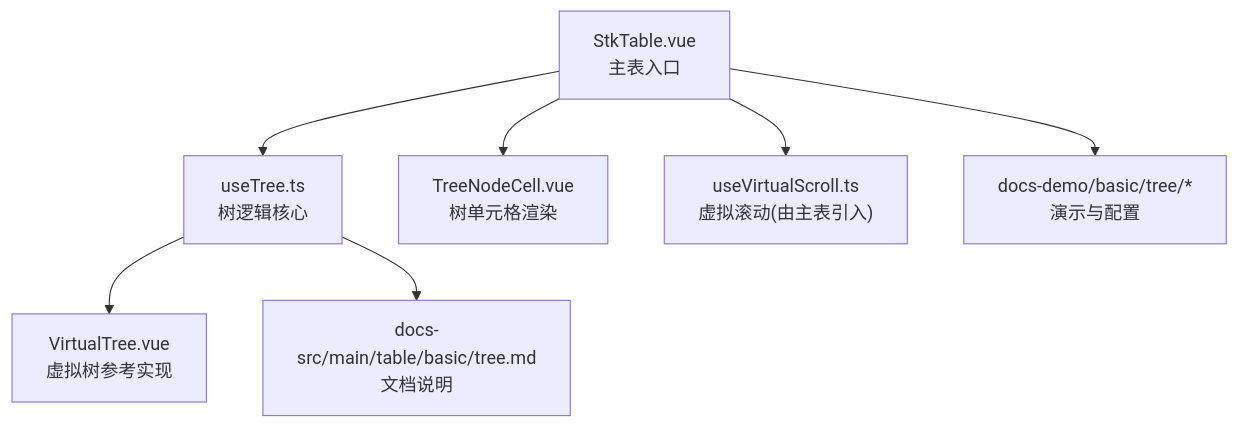
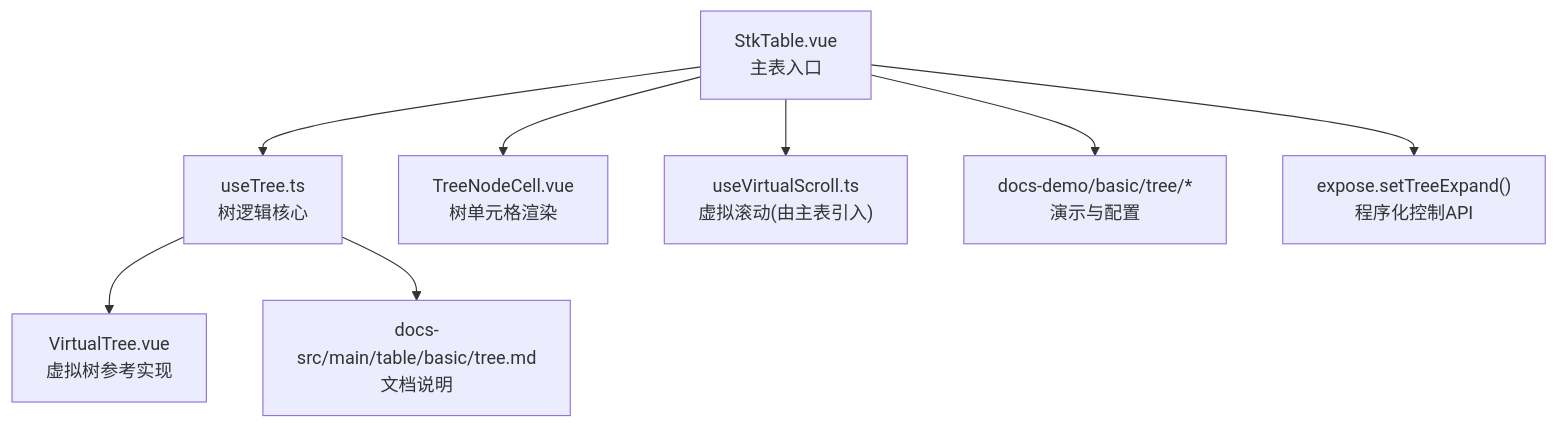
The first of 6 diagrams in .qoder/repowiki/zh/content/高级功能/树形数据.md (ja-plus/stk-table-vue), drawn with Mermaid before and after one commit. The commit also changed other lines of this file and 6 other files, not shown here.

Commit message:
fix: `setTreeExpand` &  setRowExpand` number rowKey

````diff
--- a/.qoder/repowiki/zh/content/高级功能/树形数据.md
+++ b/.qoder/repowiki/zh/content/高级功能/树形数据.md
@@ -45,9 +54,10 @@
 ```mermaid
 graph TB
 A["StkTable.vue<br/>主表入口"] --> B["useTree.ts<br/>树逻辑核心"]
 A --> C["TreeNodeCell.vue<br/>树单元格渲染"]
 A --> D["useVirtualScroll.ts<br/>虚拟滚动(由主表引入)"]
 B --> E["VirtualTree.vue<br/>虚拟树参考实现"]
 A --> F["docs-demo/basic/tree/*<br/>演示与配置"]
 B --> G["docs-src/main/table/basic/tree.md<br/>文档说明"]
+A --> H["expose.setTreeExpand()<br/>程序化控制API"]
 ```
````
